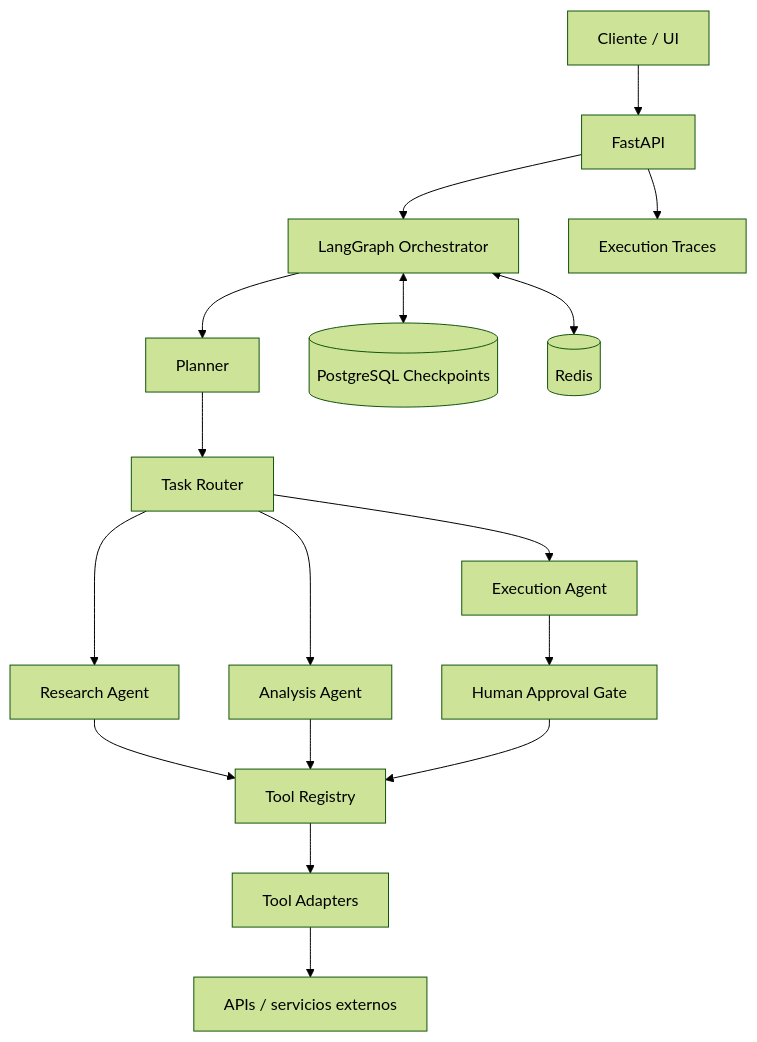
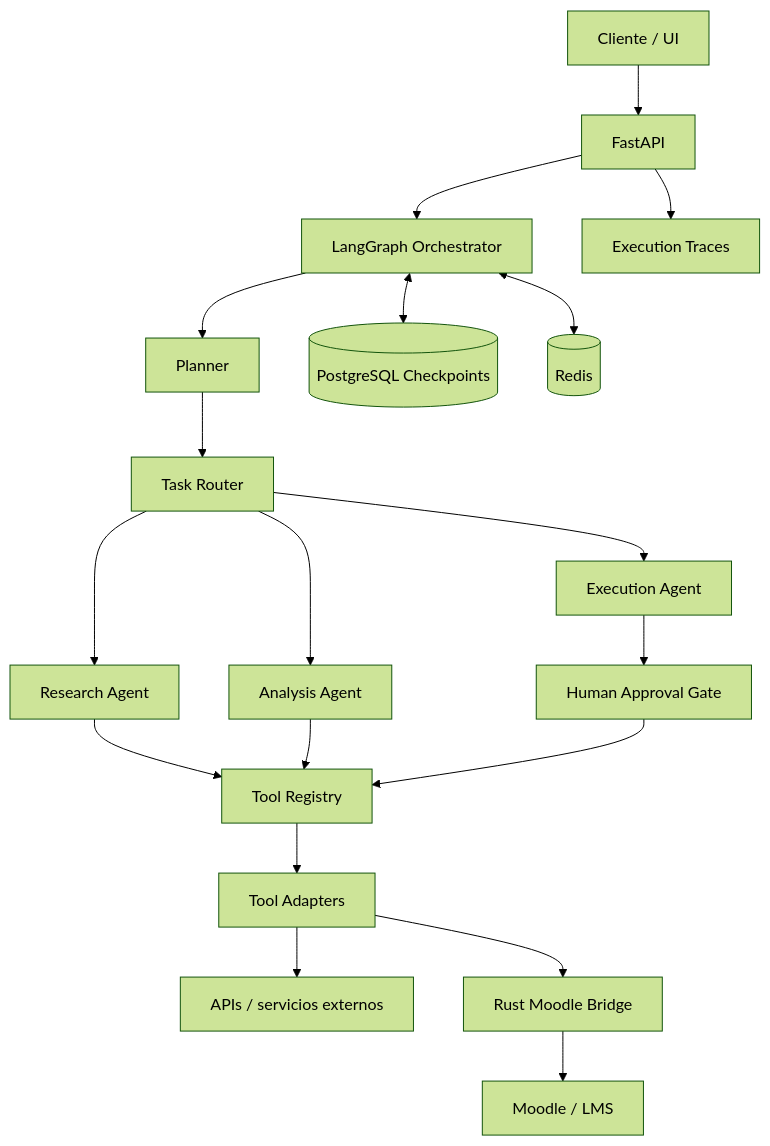
Before and after one commit to jgomezaTI/agent-lab: the diagram in README.md, drawn with Mermaid (forest theme). The commit also changed other lines of this file and 129 other files, not shown here.

Commit message:
first commit architecture

````diff
--- a/README.md
+++ b/README.md
@@ -66,19 +66,21 @@
 ```mermaid
 flowchart TB
     CLIENT[Cliente / UI] --> API[FastAPI]
     API --> ORCH[LangGraph Orchestrator]
     ORCH --> PLAN[Planner]
     PLAN --> ROUTER[Task Router]
     ROUTER --> RESEARCH[Research Agent]
     ROUTER --> ANALYST[Analysis Agent]
     ROUTER --> EXEC[Execution Agent]
     RESEARCH --> TOOLS[Tool Registry]
     ANALYST --> TOOLS
     EXEC --> APPROVAL[Human Approval Gate]
     APPROVAL --> TOOLS
     TOOLS --> ADAPTERS[Tool Adapters]
     ADAPTERS --> EXT[APIs / servicios externos]
+    ADAPTERS --> MOODLE_BRIDGE[Rust Moodle Bridge]
+    MOODLE_BRIDGE --> MOODLE[Moodle / LMS]
     ORCH <--> STATE[(PostgreSQL Checkpoints)]
     ORCH <--> CACHE[(Redis)]
     API --> TRACE[Execution Traces]
 ```
````
